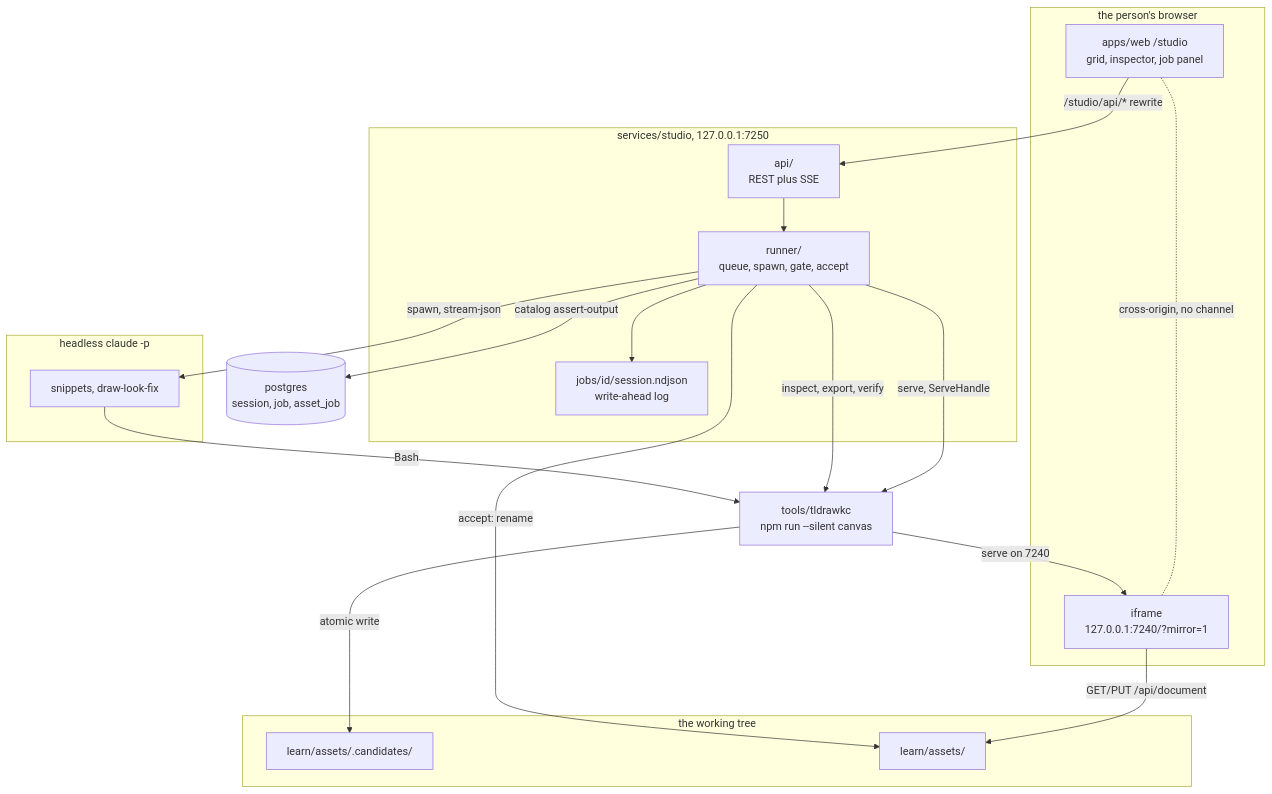
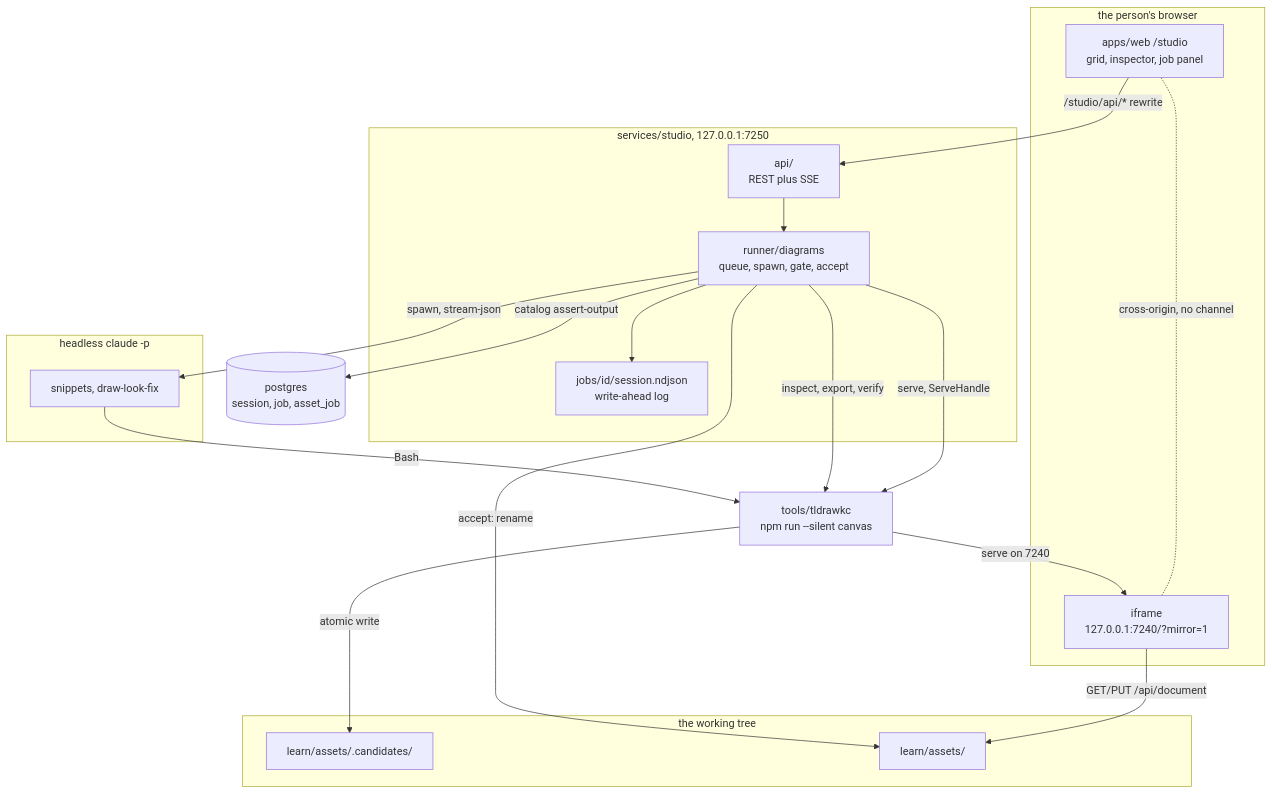
The first of 2 diagrams in docs/TLDRAWKC-INTEGRATION.md (c-wenlong/gnosia-learn), drawn with Mermaid before and after one commit. The commit also changed other lines of this file, not shown here.

````diff
--- a/docs/TLDRAWKC-INTEGRATION.md
+++ b/docs/TLDRAWKC-INTEGRATION.md
@@ -59,35 +59,35 @@
 ```mermaid
 flowchart TB
     subgraph browser["the person's browser"]
         UI["apps/web /studio<br/>grid, inspector, job panel"]
         IF["iframe<br/>127.0.0.1:7240/?mirror=1"]
     end
     subgraph studio["services/studio, 127.0.0.1:7250"]
         API["api/<br/>REST plus SSE"]
-        RUN["runner/<br/>queue, spawn, gate, accept"]
+        RUN["runner/diagrams<br/>queue, spawn, gate, accept"]
         WAL["jobs/id/session.ndjson<br/>write-ahead log"]
     end
     subgraph agent["headless claude -p"]
         CL["snippets, draw-look-fix"]
     end
     subgraph files["the working tree"]
         CAND["learn/assets/.candidates/"]
         COMM["learn/assets/"]
     end
     CAT[("postgres<br/>session, job, asset_job")]
     TK["tools/tldrawkc<br/>npm run --silent canvas"]
 
     UI -- "/studio/api/* rewrite" --> API
     API --> RUN
     RUN --> WAL
     RUN -- "spawn, stream-json" --> CL
     CL -- "Bash" --> TK
     TK -- "atomic write" --> CAND
     RUN -- "inspect, export, verify" --> TK
     RUN -- "accept: rename" --> COMM
     RUN -- "catalog assert-output" --> CAT
     RUN -- "serve, ServeHandle" --> TK
     IF -. "cross-origin, no channel" .- UI
     TK -- "serve on 7240" --> IF
     IF -- "GET/PUT /api/document" --> COMM
 ```
````
